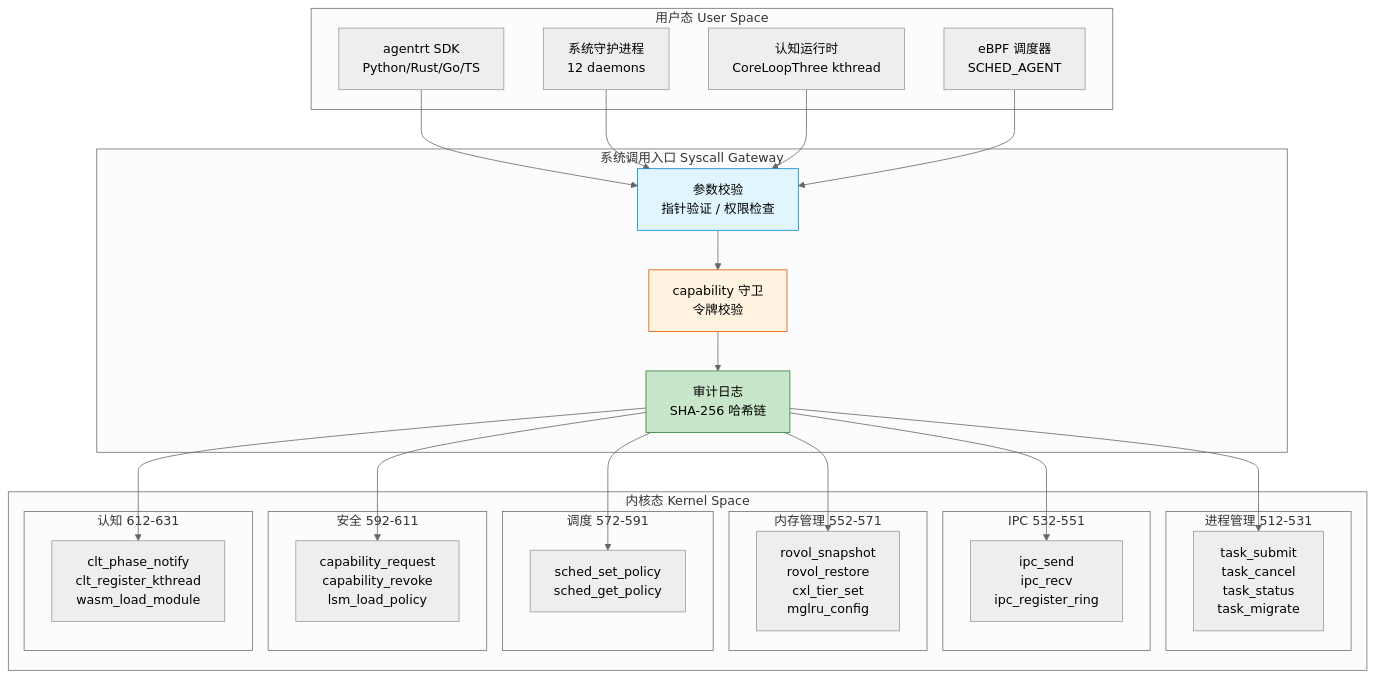
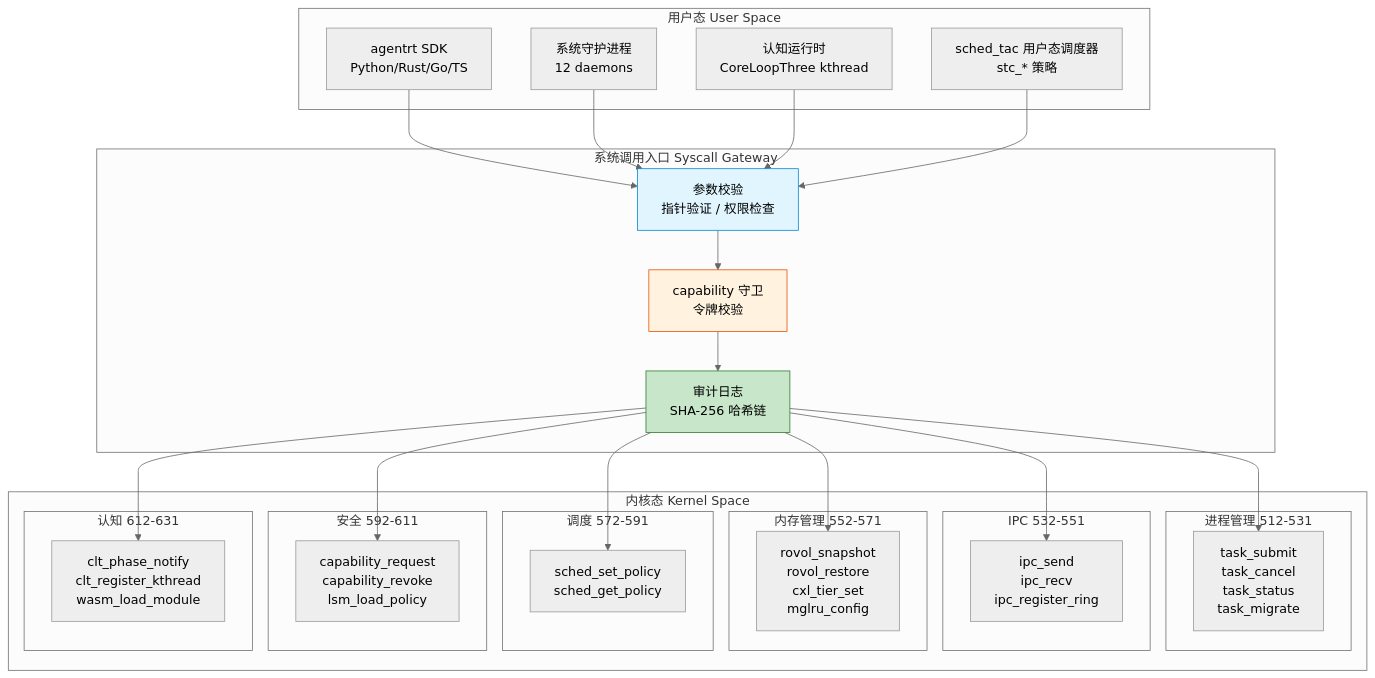
The third of 6 diagrams in 50-engineering-standards/20-contracts/contracts.md (openairymax/docs-linux), drawn with Mermaid (neutral theme) before and after one commit. The commit also changed other lines of this file and 181 other files, not shown here.

Commit message:
docs: 批量更新文档中的IRON-9版本与调度器命名 1. 将所有IRON-9 v2引用升级为IRON-9 v3，统一四层共享模型版本号 2. 将方案C-Prime、AIRY_SCHED_AGENT相关表述替换为sched_tac、stc_agent 3. 更新OpenStandards/README.md的许可证信息为CC-BY-4.0

````diff
--- a/50-engineering-standards/20-contracts/contracts.md
+++ b/50-engineering-standards/20-contracts/contracts.md
@@ -437,53 +437,53 @@
 ```mermaid
 graph TD
     subgraph "用户态 User Space"
         U1[agentrt SDK<br/>Python/Rust/Go/TS]
         U2[系统守护进程<br/>12 daemons]
         U3[认知运行时<br/>CoreLoopThree kthread]
-        U4[eBPF 调度器<br/>SCHED_AGENT]
+        U4[sched_tac 用户态调度器<br/>stc_* 策略]
     end
 
     subgraph "系统调用入口 Syscall Gateway"
         G1[参数校验<br/>指针验证 / 权限检查]
         G2[capability 守卫<br/>令牌校验]
         G3[审计日志<br/>SHA-256 哈希链]
     end
 
     subgraph "内核态 Kernel Space"
         subgraph "进程管理 512-531"
             K1[task_submit<br/>task_cancel<br/>task_status<br/>task_migrate]
         end
         subgraph "IPC 532-551"
             K2[ipc_send<br/>ipc_recv<br/>ipc_register_ring]
         end
         subgraph "内存管理 552-571"
             K3[rovol_snapshot<br/>rovol_restore<br/>cxl_tier_set<br/>mglru_config]
         end
         subgraph "调度 572-591"
             K4[sched_set_policy<br/>sched_get_policy]
         end
         subgraph "安全 592-611"
             K5[capability_request<br/>capability_revoke<br/>lsm_load_policy]
         end
         subgraph "认知 612-631"
             K6[clt_phase_notify<br/>clt_register_kthread<br/>wasm_load_module]
         end
     end
 
     U1 --> G1
     U2 --> G1
     U3 --> G1
     U4 --> G1
     G1 --> G2
     G2 --> G3
     G3 --> K1
     G3 --> K2
     G3 --> K3
     G3 --> K4
     G3 --> K5
     G3 --> K6
 
     style G1 fill:#e1f5fe,stroke:#0288d1
     style G2 fill:#fff3e0,stroke:#e65100
     style G3 fill:#c8e6c9,stroke:#2e7d32
 ```
````
